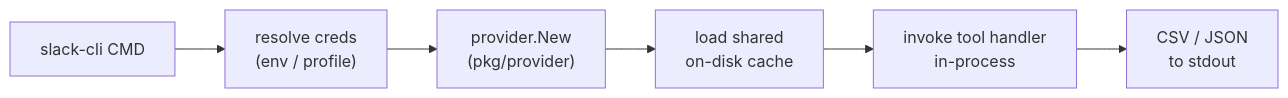
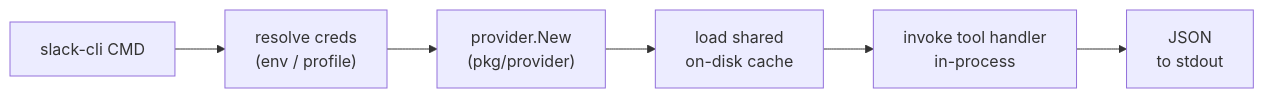
The diagram in README.md (paymog/slack-cli), drawn with Mermaid before and after one commit. The commit also changed other lines of this file and 10 other files, not shown here.

First line of the commit message:
feat: emit JSON instead of CSV so output pipes to jq (#2)

````diff
--- a/README.md
+++ b/README.md
@@ -34,8 +34,8 @@
 ```mermaid
 flowchart LR
   A["slack-cli CMD"] --> B["resolve creds<br/>(env / profile)"]
   B --> C["provider.New<br/>(pkg/provider)"]
   C --> D["load shared<br/>on-disk cache"]
   D --> E["invoke tool handler<br/>in-process"]
-  E --> F["CSV / JSON<br/>to stdout"]
+  E --> F["JSON<br/>to stdout"]
 ```
````
